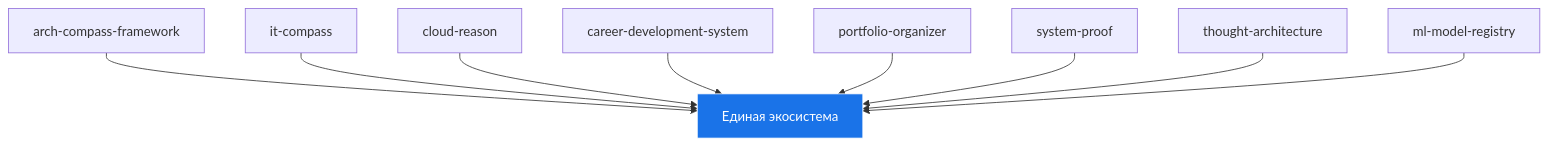
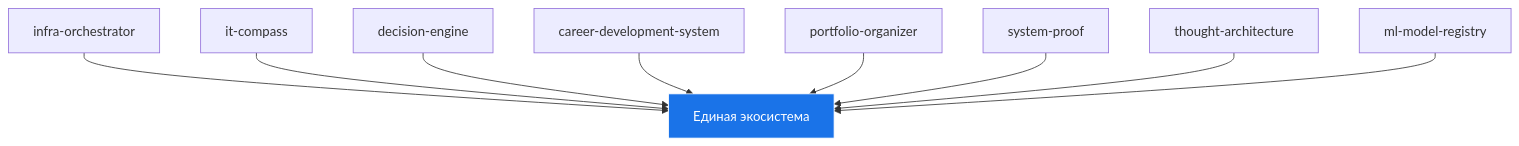
Before and after one commit to Control39/portfolio-system-architect: the diagram in docs/ARCHITECTURE.md, drawn with Mermaid. The commit also changed other lines of this file and 13 other files, not shown here.

Commit message:
chore: sync component names (cloud-reason→decision-engine, arch-compass-framework→infra-orchestrator)

````diff
--- a/docs/ARCHITECTURE.md
+++ b/docs/ARCHITECTURE.md
@@ -21,12 +21,12 @@
 ```mermaid
 graph TD
-    A[arch-compass-framework] --> G[Единая экосистема]
+    A[infra-orchestrator] --> G[Единая экосистема]
     B[it-compass] --> G
-    C[cloud-reason] --> G
+    C[decision-engine] --> G
     D[career-development-system] --> G
     E[portfolio-organizer] --> G
     F[system-proof] --> G
     H[thought-architecture] --> G
     I[ml-model-registry] --> G
     style G fill:#1a73e8,stroke:#fff,color:#fff
 ```
````
